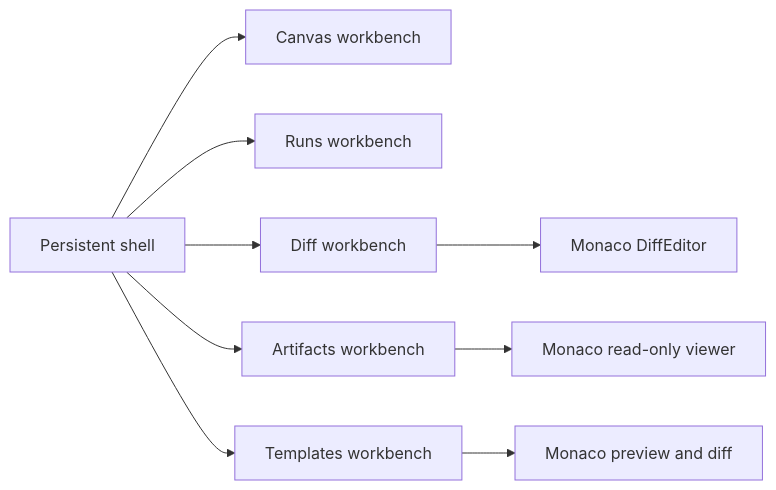
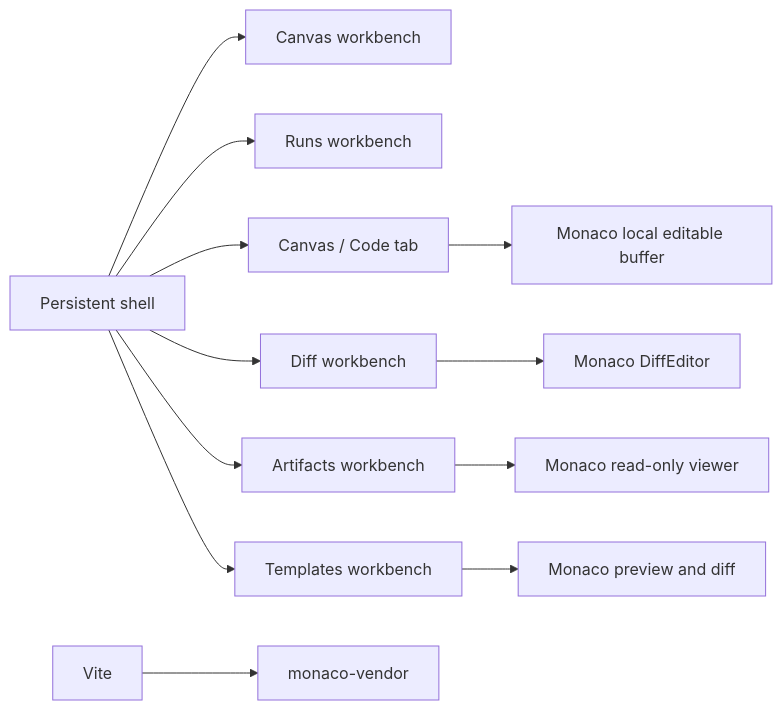
The fifth of 6 diagrams in docs/architecture/components/web/frontend-data-boundary-architecture.md (dunay2/dvt), drawn with Mermaid before and after one commit. The commit also changed other lines of this file and 12 other files, not shown here.

````diff
--- a/docs/architecture/components/web/frontend-data-boundary-architecture.md
+++ b/docs/architecture/components/web/frontend-data-boundary-architecture.md
@@ -106,12 +106,15 @@
 ```mermaid
 flowchart LR
   Shell["Persistent shell"] --> Canvas["Canvas workbench"]
   Shell --> Runs["Runs workbench"]
+  Shell --> Code["Canvas / Code tab"]
   Shell --> Diff["Diff workbench"]
   Shell --> Artifacts["Artifacts workbench"]
   Shell --> Templates["Templates workbench"]
 
+  Code --> MonacoEdit["Monaco local editable buffer"]
   Diff --> MonacoDiff["Monaco DiffEditor"]
   Artifacts --> MonacoRead["Monaco read-only viewer"]
   Templates --> MonacoPreview["Monaco preview and diff"]
+  Vite --> MonacoChunk["monaco-vendor"]
 ```
````
